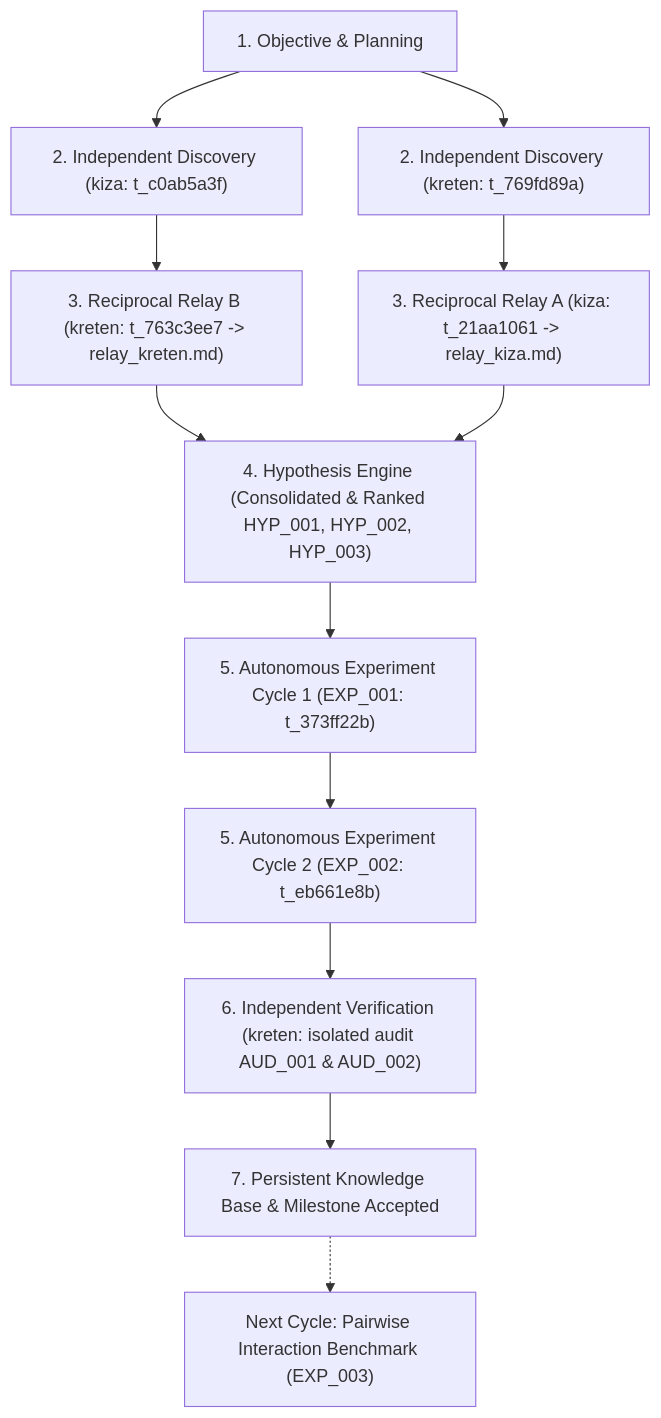
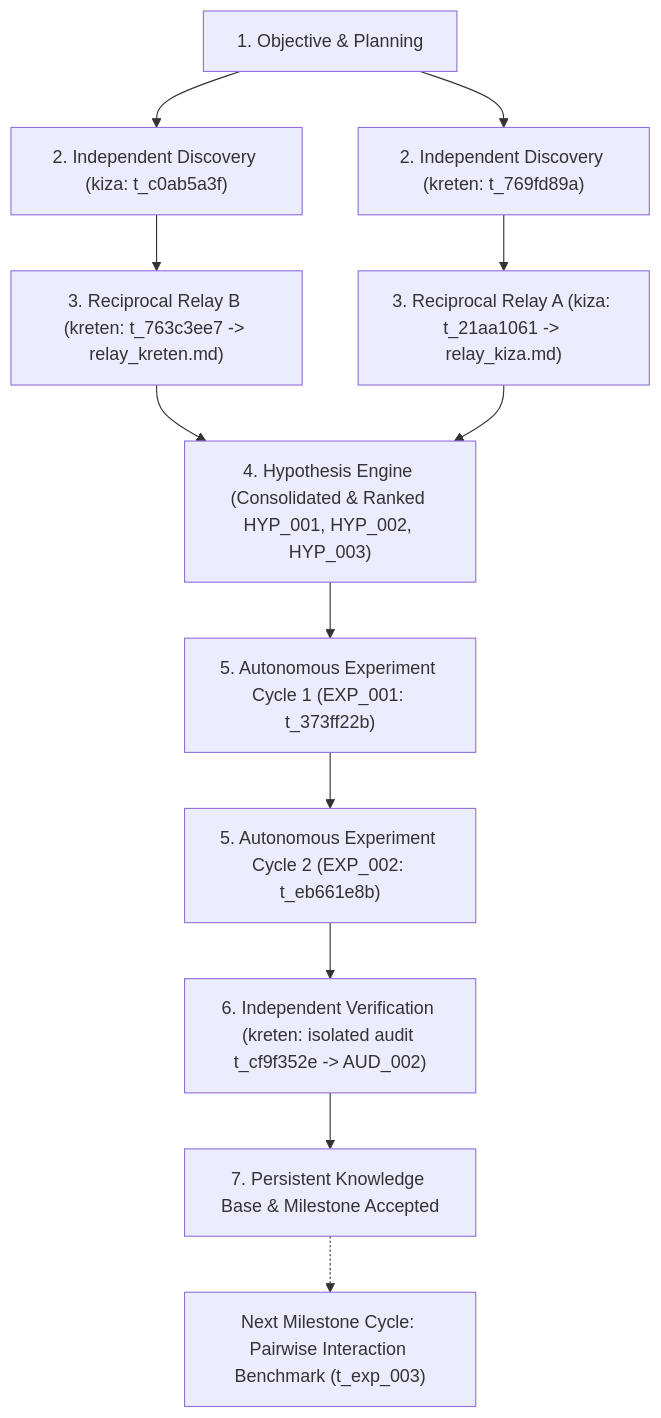
The diagram in research_workspaces/target_encoding_benchmark/planning/next_actions.md (kizabgd123/analyze_discord_openclaw_setup), drawn with Mermaid before and after one commit. The commit also changed other lines of this file and 2 other files, not shown here.

Commit message:
checkpoint: Phase A2 - Strengthen independent verification and document continuation contract

````diff
--- a/research_workspaces/target_encoding_benchmark/planning/next_actions.md
+++ b/research_workspaces/target_encoding_benchmark/planning/next_actions.md
@@ -5,13 +5,13 @@
 ```mermaid
 flowchart TD
     OBJ["1. Objective & Planning"] --> DISC1["2. Independent Discovery (kiza: t_c0ab5a3f)"]
     OBJ --> DISC2["2. Independent Discovery (kreten: t_769fd89a)"]
     DISC1 --> RELAY_B["3. Reciprocal Relay B (kreten: t_763c3ee7 -> relay_kreten.md)"]
     DISC2 --> RELAY_A["3. Reciprocal Relay A (kiza: t_21aa1061 -> relay_kiza.md)"]
     RELAY_B & RELAY_A --> HYP_ENG["4. Hypothesis Engine (Consolidated & Ranked HYP_001, HYP_002, HYP_003)"]
     HYP_ENG --> EXP1["5. Autonomous Experiment Cycle 1 (EXP_001: t_373ff22b)"]
     EXP1 --> EXP2["5. Autonomous Experiment Cycle 2 (EXP_002: t_eb661e8b)"]
-    EXP2 --> VERIF["6. Independent Verification (kreten: isolated audit AUD_001 & AUD_002)"]
+    EXP2 --> VERIF["6. Independent Verification (kreten: isolated audit t_cf9f352e -> AUD_002)"]
     VERIF --> KNOWLEDGE["7. Persistent Knowledge Base & Milestone Accepted"]
-    KNOWLEDGE -.-> EXP3["Next Cycle: Pairwise Interaction Benchmark (EXP_003)"]
+    KNOWLEDGE -.-> EXP3["Next Milestone Cycle: Pairwise Interaction Benchmark (t_exp_003)"]
 ```
````
